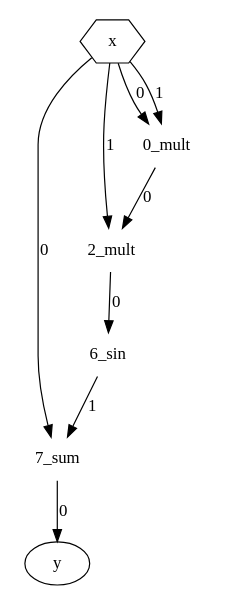
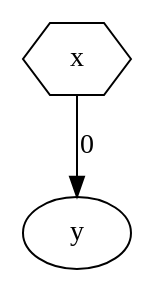
The diagram in best.dot (joaoMartinSaquet/pyCGP), drawn with Graphviz before and after one commit. The commit also changed 2 other files, not shown here.

Commit message:
fix shape bug in run

```diff
--- a/best.dot
+++ b/best.dot
@@ -1,20 +1,6 @@
 digraph cgp {
 	size = "4,4";
 	y [shape=oval];
-	sum_7 -> y [label="0"];
-	sum_7 [label= "7_sum", shape=none];
 	x [shape=polygon,sides=6];
-	x -> sum_7 [label="0"];
-	sin_6 -> sum_7 [label="1"];
-	sin_6 [label= "6_sin", shape=none];
-	mult_2 -> sin_6 [label="0"];
-	mult_2 [label= "2_mult", shape=none];
-	mult_0 -> mult_2 [label="0"];
-	mult_0 [label= "0_mult", shape=none];
-	x [shape=polygon,sides=6];
-	x -> mult_0 [label="0"];
-	x [shape=polygon,sides=6];
-	x -> mult_0 [label="1"];
-	x [shape=polygon,sides=6];
-	x -> mult_2 [label="1"];
+	x -> y [label="0"];
 }
```
